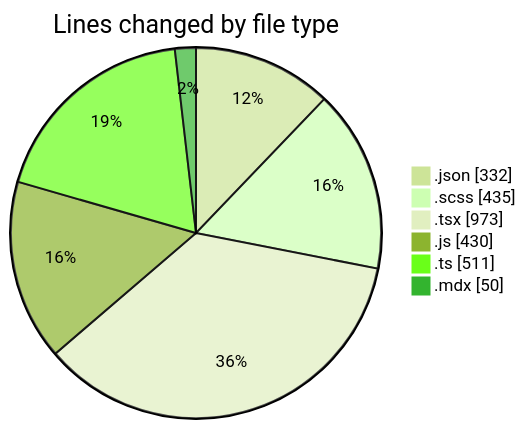
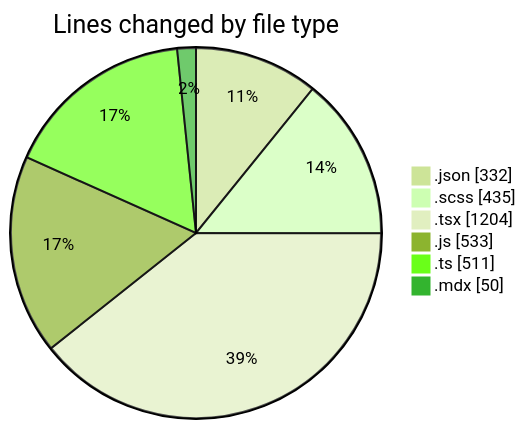
One commit to momahboobian/code-tracking changed the first of 2 diagrams in 2026-04-20/cda/README.md. Above: the diagram before and after it, drawn with Mermaid (forest theme). The commit also changed other lines of this file and 1 other file, not shown here.

````diff
--- a/2026-04-20/cda/README.md
+++ b/2026-04-20/cda/README.md
@@ -33,10 +37,10 @@
 ```mermaid
 pie showData
 title Lines changed by file type
 ".json" : 332
 ".scss" : 435
-".tsx" : 973
-".js" : 430
+".tsx" : 1204
+".js" : 533
 ".ts" : 511
 ".mdx" : 50
 ```
````
